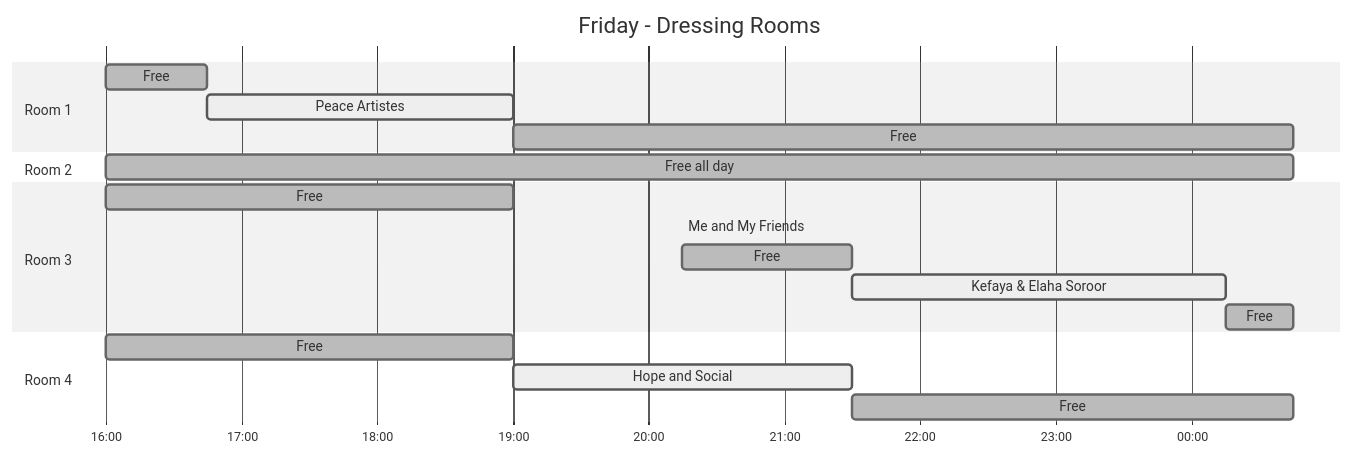
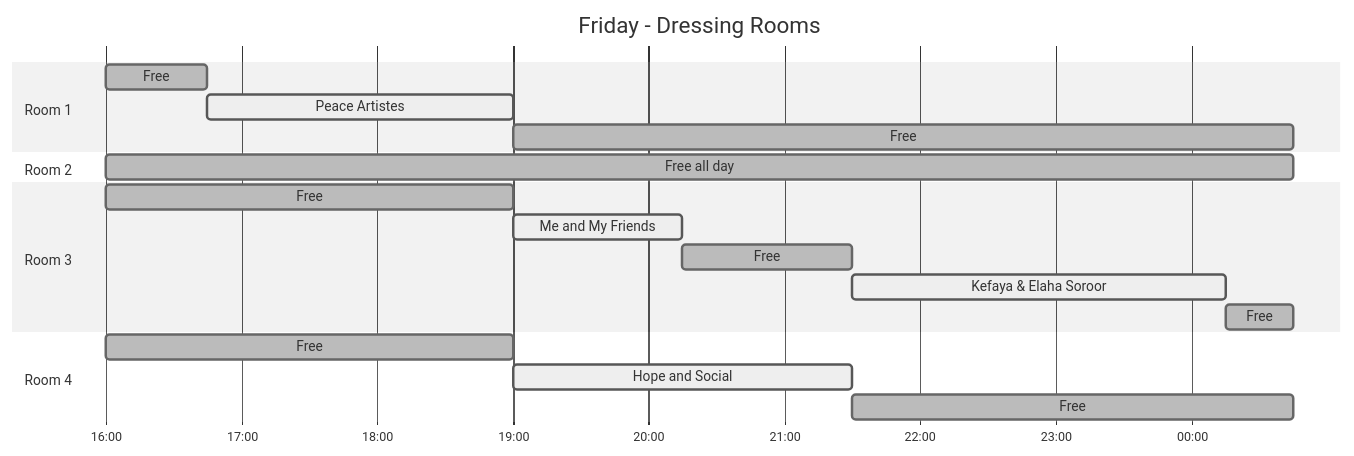
The first of 3 diagrams in Musicport26_DressingRooms.md (rwlloyd/Festivals), drawn with Mermaid (neutral theme) before and after one commit. The commit also changed 3 other files, not shown here.

````diff
--- a/Musicport26_DressingRooms.md
+++ b/Musicport26_DressingRooms.md
@@ -11,22 +11,22 @@
 ```mermaid
 gantt
     title Friday - Dressing Rooms
     dateFormat YYYY-MM-DD HH:mm
     axisFormat %H:%M
     section Room 1
     Free :done, 2026-10-16 16:00, 2026-10-16 16:45
     Peace Artistes :active, 2026-10-16 16:45, 2026-10-16 19:00
     Free :done, 2026-10-16 19:00, 2026-10-17 00:45
     section Room 2
     Free all day :done, 2026-10-16 16:00, 2026-10-17 00:45
     section Room 3
     Free :done, 2026-10-16 16:00, 2026-10-16 19:00
-    Me and My Friends :active, 2026-10-16 19:00, 2026-10-16 20:15, 
+    Me and My Friends :active, 2026-10-16 19:00, 2026-10-16 20:15
     Free :done, 2026-10-16 20:15, 2026-10-16 21:30
     Kefaya & Elaha Soroor :active, 2026-10-16 21:30, 2026-10-17 00:15
     Free :done, 2026-10-17 00:15, 2026-10-17 00:45
     section Room 4
     Free :done, 2026-10-16 16:00, 2026-10-16 19:00
     Hope and Social :active, 2026-10-16 19:00, 2026-10-16 21:30
     Free :done, 2026-10-16 21:30, 2026-10-17 00:45
 ```
````
